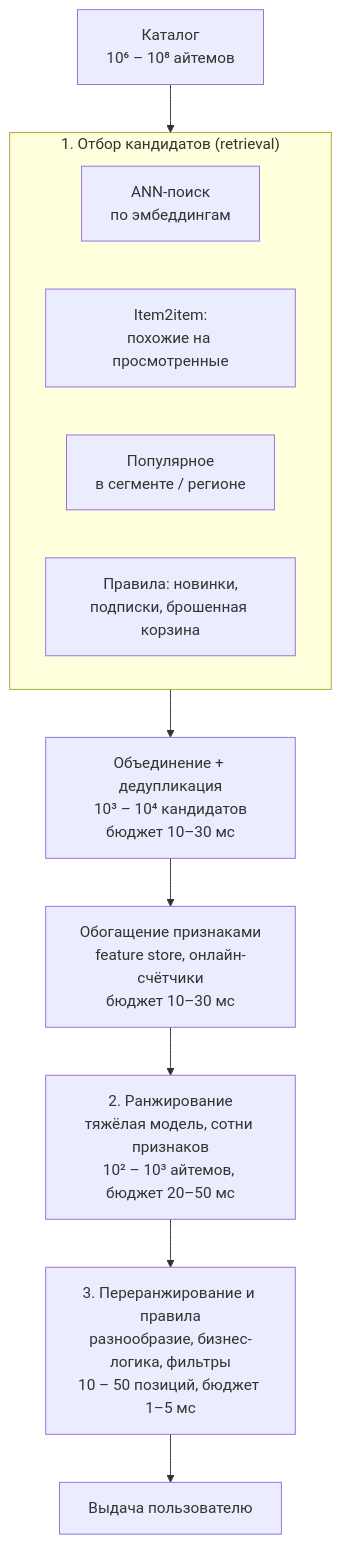
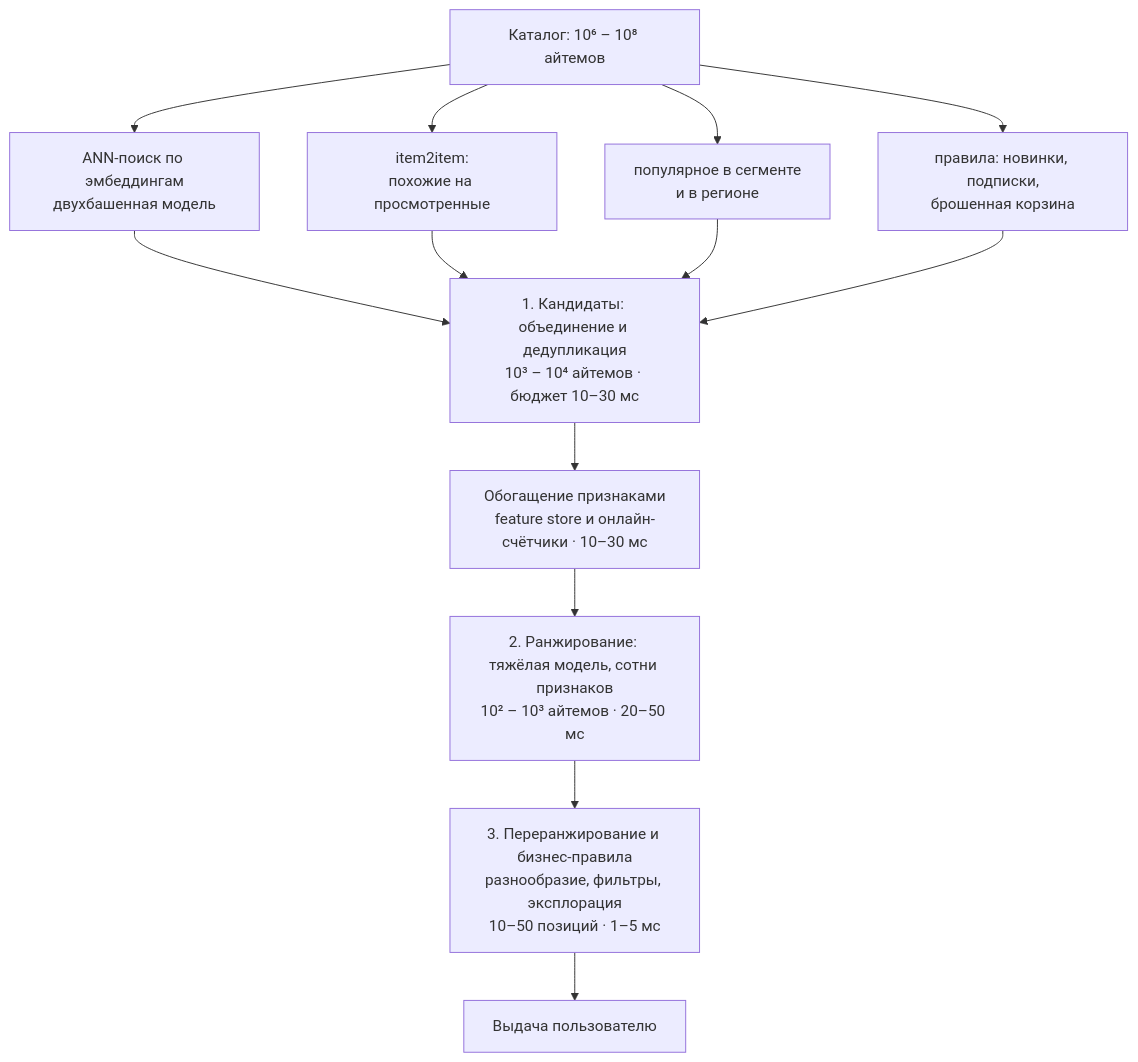
The diagram in docs/06-recsys/01-recsys-foundations.md (avanturer/ml-handbook), drawn with Mermaid before and after one commit. The commit also changed other lines of this file and 12 other files, not shown here.

````diff
--- a/docs/06-recsys/01-recsys-foundations.md
+++ b/docs/06-recsys/01-recsys-foundations.md
@@ -342,17 +342,18 @@
 ```mermaid
 flowchart TD
-    A["Каталог<br/>10⁶ – 10⁸ айтемов"] --> B
+    A["Каталог: 10⁶ – 10⁸ айтемов"] --> S1
+    A --> S2
+    A --> S3
+    A --> S4
 
-    subgraph B["1. Отбор кандидатов (retrieval)"]
-        B1["ANN-поиск<br/>по эмбеддингам"]
-        B2["Item2item:<br/>похожие на просмотренные"]
-        B3["Популярное<br/>в сегменте / регионе"]
-        B4["Правила: новинки,<br/>подписки, брошенная корзина"]
-    end
+    S1["ANN-поиск по эмбеддингам<br/>двухбашенная модель"] --> C
+    S2["item2item:<br/>похожие на просмотренные"] --> C
+    S3["популярное в сегменте<br/>и в регионе"] --> C
+    S4["правила: новинки, подписки,<br/>брошенная корзина"] --> C
 
-    B --> C["Объединение + дедупликация<br/>10³ – 10⁴ кандидатов<br/>бюджет 10–30 мс"]
-    C --> D["Обогащение признаками<br/>feature store, онлайн-счётчики<br/>бюджет 10–30 мс"]
-    D --> E["2. Ранжирование<br/>тяжёлая модель, сотни признаков<br/>10² – 10³ айтемов, бюджет 20–50 мс"]
-    E --> F["3. Переранжирование и правила<br/>разнообразие, бизнес-логика, фильтры<br/>10 – 50 позиций, бюджет 1–5 мс"]
+    C["1. Кандидаты: объединение и дедупликация<br/>10³ – 10⁴ айтемов · бюджет 10–30 мс"]
+    C --> D["Обогащение признаками<br/>feature store и онлайн-счётчики · 10–30 мс"]
+    D --> E["2. Ранжирование: тяжёлая модель, сотни признаков<br/>10² – 10³ айтемов · 20–50 мс"]
+    E --> F["3. Переранжирование и бизнес-правила<br/>разнообразие, фильтры, эксплорация<br/>10–50 позиций · 1–5 мс"]
     F --> G["Выдача пользователю"]
 ```
````
